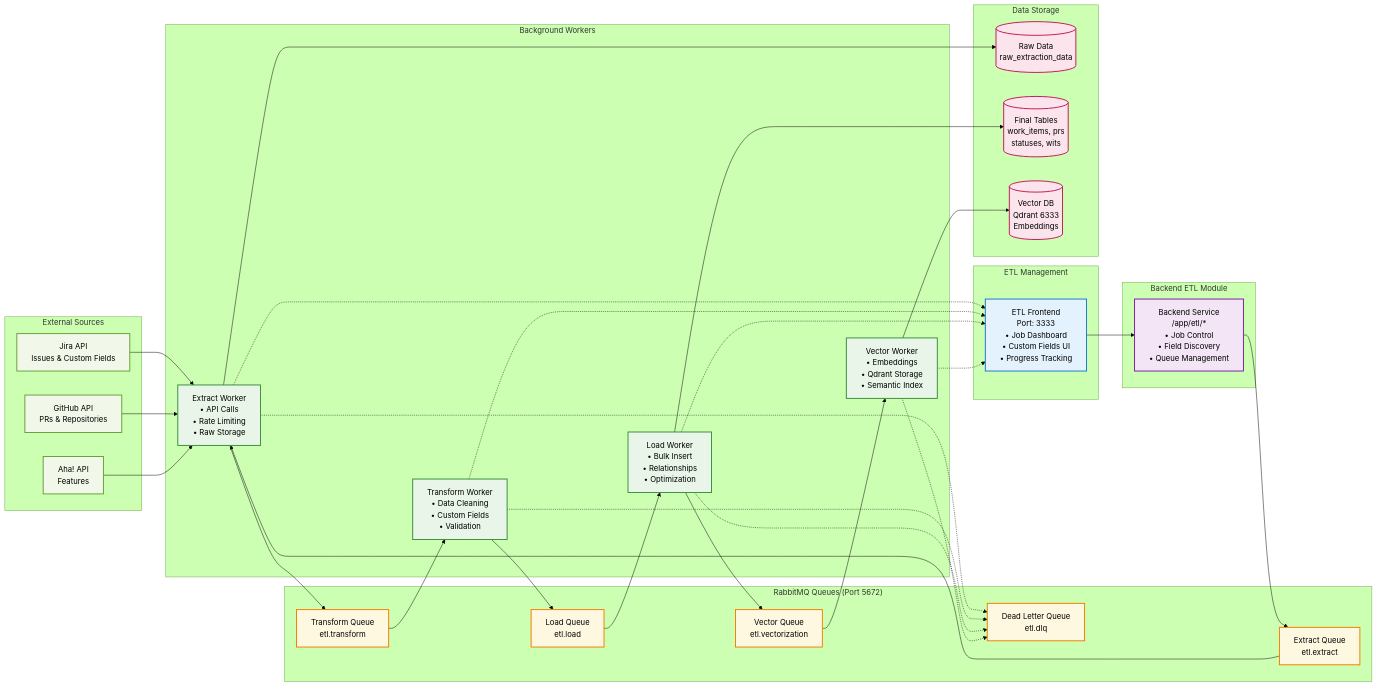
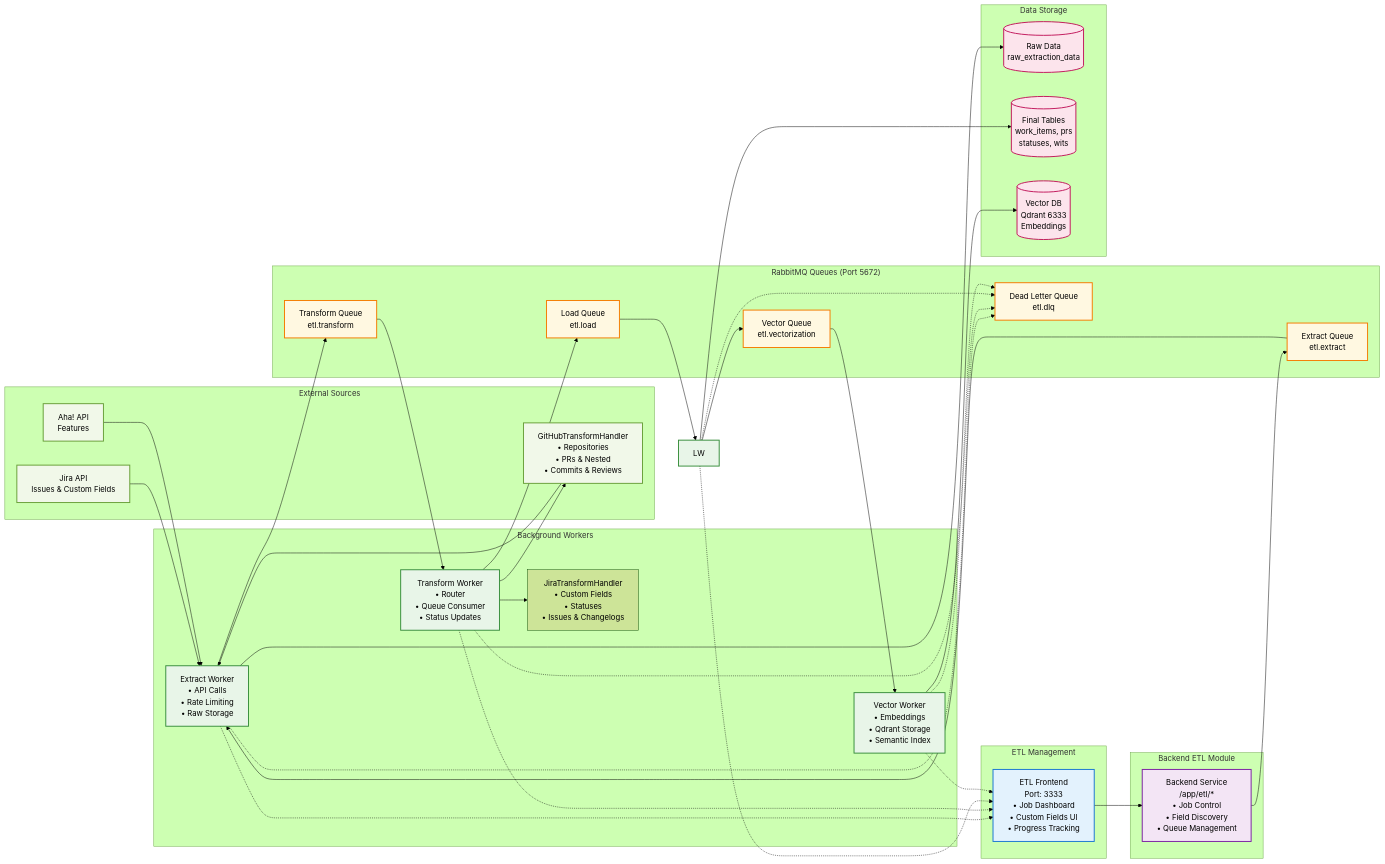
One commit to gustavoquinelato-wexinc/health-pulse changed the second of 7 diagrams in docs/ARCHITECTURE_DIAGRAMS.md. Above: the diagram before and after it, drawn with Mermaid (forest theme). The commit also changed other lines of this file and 30 other files, not shown here.

```diff
--- a/docs/ARCHITECTURE_DIAGRAMS.md
+++ b/docs/ARCHITECTURE_DIAGRAMS.md
@@ -105,9 +108,12 @@
     %% Workers
     subgraph "Background Workers"
         EW[Extract Worker<br/>• API Calls<br/>• Rate Limiting<br/>• Raw Storage]
-        TW[Transform Worker<br/>• Data Cleaning<br/>• Custom Fields<br/>• Validation]
-        LW[Load Worker<br/>• Bulk Insert<br/>• Relationships<br/>• Optimization]
+        TW["Transform Worker<br/>• Router<br/>• Queue Consumer<br/>• Status Updates"]
+        JH["JiraTransformHandler<br/>• Custom Fields<br/>• Statuses<br/>• Issues & Changelogs"]
+        GH["GitHubTransformHandler<br/>• Repositories<br/>• PRs & Nested<br/>• Commits & Reviews"]
         VW[Vector Worker<br/>• Embeddings<br/>• Qdrant Storage<br/>• Semantic Index]
+        TW --> JH
+        TW --> GH
     end
     
     %% Storage
```
